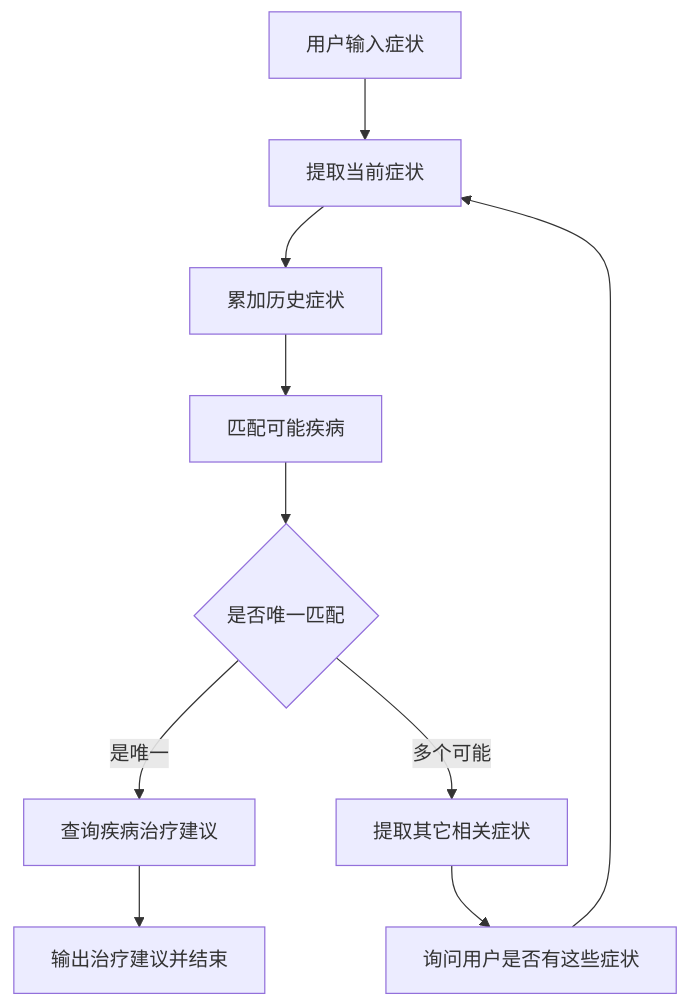
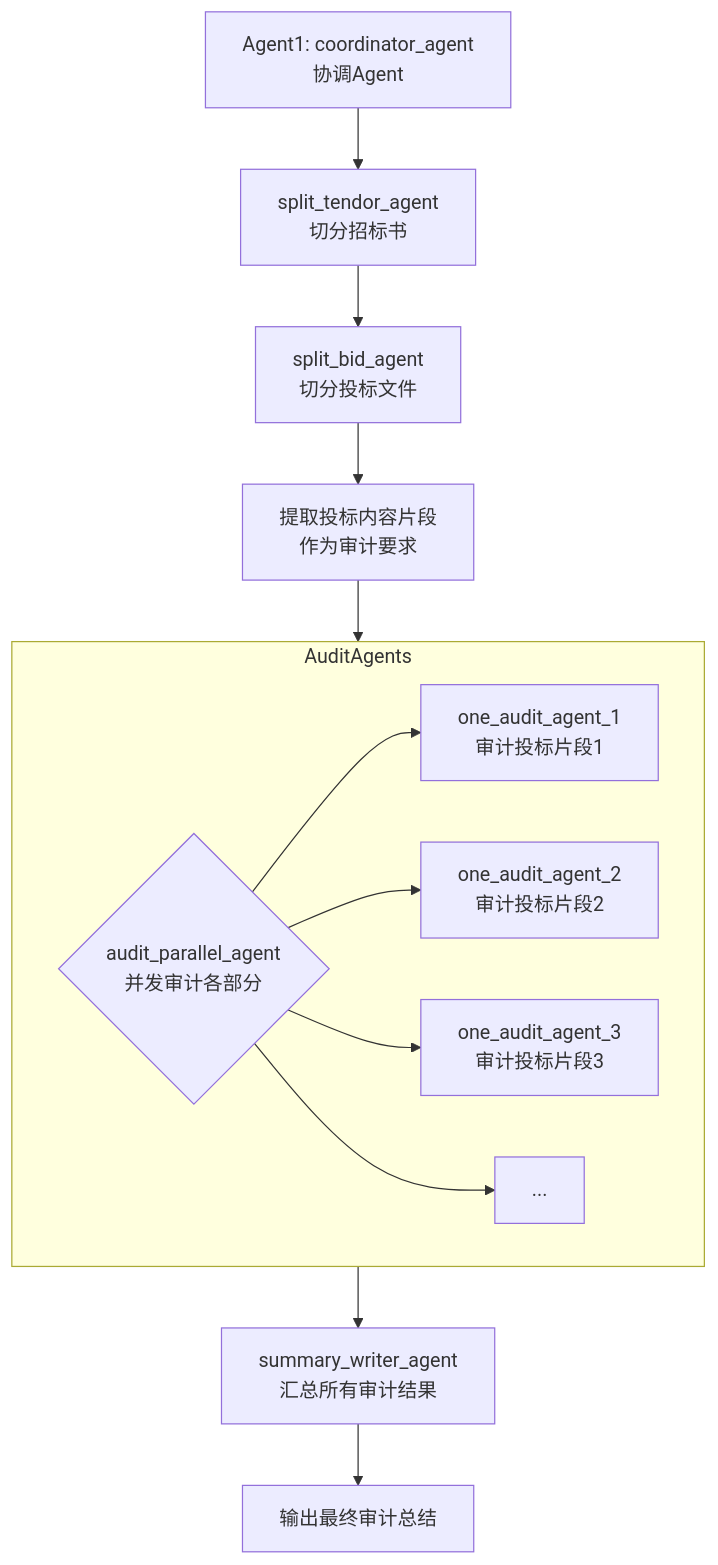
The diagram in backend/src/DecisionAgent/README.md (johnson7788/DecisionAgent), drawn with Mermaid before and after one commit. The commit also changed other lines of this file, not shown here.

Commit message:
2025-07-22_22:25

````diff
--- a/backend/src/DecisionAgent/README.md
+++ b/backend/src/DecisionAgent/README.md
@@ -11,16 +6,20 @@
 ```mermaid
 flowchart TD
-    A[用户输入症状] --> B[提取当前症状]
-    B --> C[累加历史症状]
-    C --> D[匹配可能疾病]
+    A[Agent1: coordinator_agent<br/>协调Agent] --> B[split_tendor_agent<br/>切分招标书]
+    B --> C[split_bid_agent<br/>切分投标文件]
+    C --> D[提取投标内容片段<br/>作为审计要求]
+    D --> E{audit_parallel_agent<br/>并发审计各部分}
 
-    D --> E{是否唯一匹配}
-    
-    E -- 是唯一 --> F[查询疾病治疗建议]
-    
-    E -- 多个可能 --> G[提取其它相关症状]
-    G --> H[询问用户是否有这些症状]
-    H --> B
+    subgraph AuditAgents
+        direction LR
+        E --> F1[one_audit_agent_1<br/>审计投标片段1]
+        E --> F2[one_audit_agent_2<br/>审计投标片段2]
+        E --> F3[one_audit_agent_3<br/>审计投标片段3]
+        E --> F4[...]
+    end
 
-    F --> I[输出治疗建议并结束]
+    AuditAgents --> G[summary_writer_agent<br/>汇总所有审计结果]
+
+    G --> H[输出最终审计总结]
+
 ```
````
